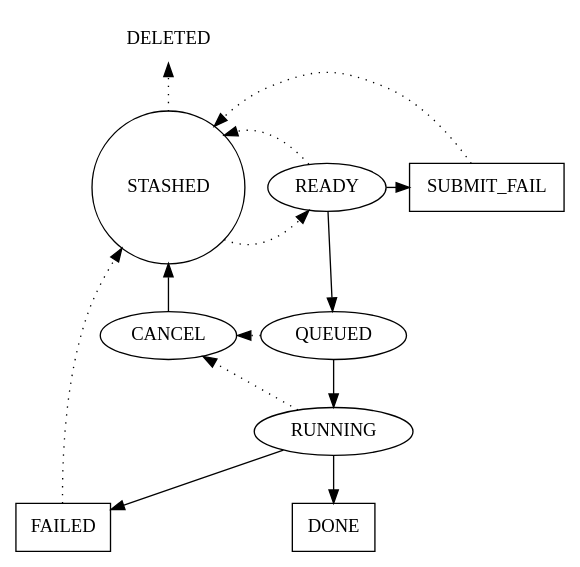
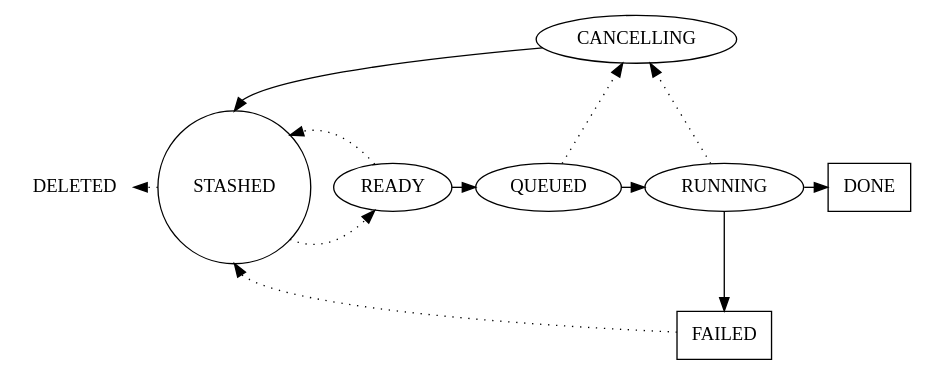
The diagram in brownthrower/doc/manager_job_states.dot (ptallada/brownthrower), drawn with Graphviz before and after one commit.

Commit message:
remove submit_fail

```diff
--- a/brownthrower/doc/manager_job_states.dot
+++ b/brownthrower/doc/manager_job_states.dot
@@ -1,51 +1,43 @@
 digraph job_states {
     // Possible job states
-    DELETED          [shape="plaintext"]; // The job has been deleted.
-    STASHED          [shape="circle"];    // The job is in preparation phase. It is being configured and cannot be executed yet.
-    READY            [shape="ellipse"];   // The job has been configured and its dependencies are already set. It will be executed as soon as possible.
-    SUBMIT_FAIL      [shape="box"];       // The dispatcher has been unable to submit this job for execution.
-    CANCEL           [shape="ellipse"];   // The user has asked to cancel this job.
-    QUEUED           [shape="ellipse"];   // The dispatcher has submitted this job for execution and it is waiting for some resources to be available.
-    RUNNING          [shape="ellipse"];   // The job is being executed.
-    DONE             [shape="box"];       // The job has finished with exit code == 0.
-    FAILED           [shape="box"];       // The job/runner was unable to complete its execution successfully.
+    DELETED    [shape="plaintext"]; // The job has been deleted.
+    STASHED    [shape="circle"];    // The job is in preparation phase. It is being configured and cannot be executed yet.
+    READY      [shape="ellipse"];   // The job has been configured and its dependencies are already set. It will be executed as soon as possible.
+    CANCELLING [shape="ellipse"];   // The user has asked to cancel this job.
+    QUEUED     [shape="ellipse"];   // The dispatcher has submitted this job for execution and it is waiting for some resources to be available.
+    RUNNING    [shape="ellipse"];   // The job is being executed.
+    DONE       [shape="box"];       // The job has finished with exit code == 0.
+    FAILED     [shape="box"];       // The job/runner was unable to complete its execution successfully.
     
     // Grouping
     { rank="source";
-        DELETED;
+        CANCELLING;
     }
     { rank="same";
-        STASHED; READY; SUBMIT_FAIL;
+        DELETED; STASHED; READY; QUEUED; RUNNING; DONE;
     }
-    { rank="same";
-        CANCEL; QUEUED;
-    }
-    { rank="same";
-        DONE; FAILED;
+    { rank="sink";
+        FAILED;
     }
     
     // Expected flow
-    STASHED         -> READY            [style="dotted"]; // User marks this job as ready for execution
-    READY           -> QUEUED           [style="solid"];  // Dispatcher submits the job to the pool of resources
-    QUEUED          -> RUNNING          [style="solid"];  // Job starts its execution inside the runner
-    RUNNING         -> DONE             [style="solid"];  // Job/Runner finished its execution without error
-    
-    // Submit failure
-    READY           -> SUBMIT_FAIL      [style="solid"];  // Dispatcher has been unable to submit the job
+    STASHED         -> READY      [style="dotted"]; // User marks this job as ready for execution
+    READY           -> QUEUED     [style="solid"];  // Dispatcher submits the job to the pool of resources
+    QUEUED          -> RUNNING    [style="solid"];  // Job starts its execution inside the runner
+    RUNNING         -> DONE       [style="solid"];  // Job/Runner finished its execution without error
     
     // The job/runner fails to finish successfully
-    RUNNING         -> FAILED           [style="solid", constraint="false"];  // Some exception has occurred inside the Job/Runner
+    RUNNING         -> FAILED     [style="solid"];  // Some exception has occurred inside the Job/Runner
     
     // The job has to be cancelled
-    QUEUED          -> CANCEL           [style="dotted", constraint="false"]; // The user wants this job to be cancelled
-    RUNNING         -> CANCEL           [style="dotted", constraint="false"]; // The user wants this job to be cancelled
-    CANCEL          -> STASHED          [style="solid"];                      // The job is successfully cancelled
+    QUEUED          -> CANCELLING [style="dotted"]; // The user wants this job to be cancelled
+    RUNNING         -> CANCELLING [style="dotted"]; // The user wants this job to be cancelled
+    CANCELLING      -> STASHED:n  [style="solid", constraint="false"]; // The job is successfully cancelled
     
     // Return the job to the stash
-    SUBMIT_FAIL     -> STASHED          [style="dotted"];
-    READY           -> STASHED          [style="dotted"];
-    FAILED          -> STASHED          [style="dotted"];
+    READY           -> STASHED    [style="dotted"];
+    FAILED          -> STASHED:s  [style="dotted", constraint="false"];
     
     // Remove the job
-    STASHED         -> DELETED          [style="dotted"];
+    STASHED         -> DELETED    [style="dotted", constraint="false"];
 }
```
